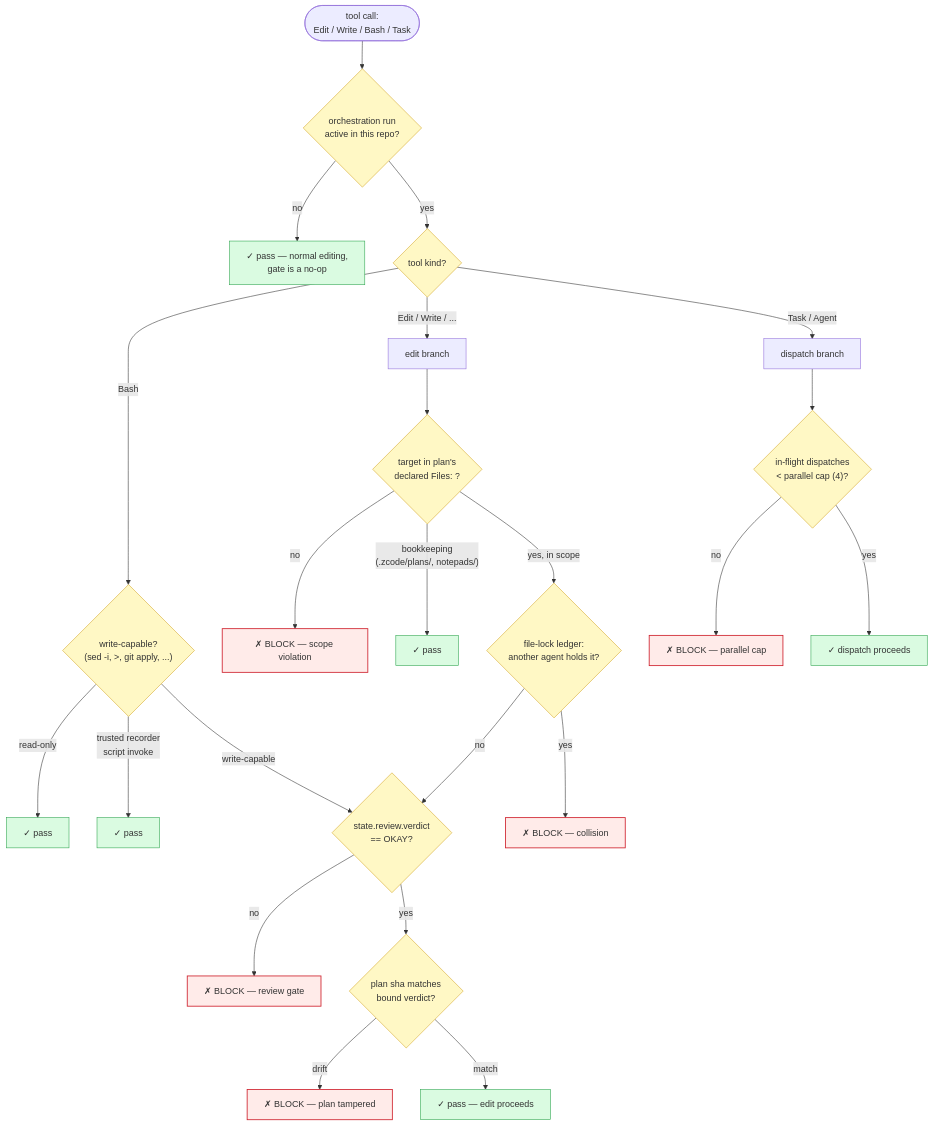
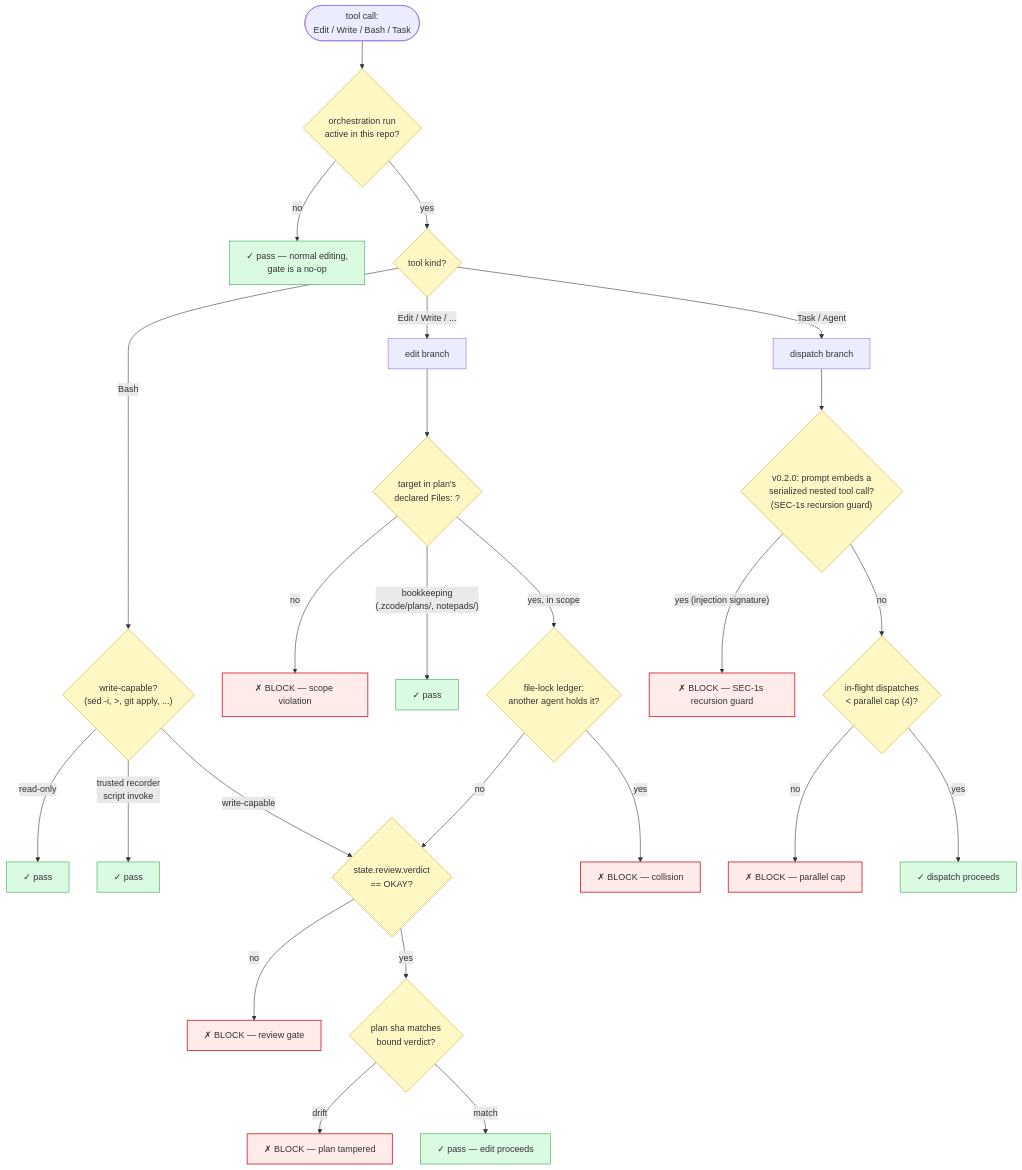
The third of 4 diagrams in docs/diagrams.md (amartinawi/zodyssey), drawn with Mermaid before and after one commit. The commit also changed other lines of this file and 2 other files, not shown here.

Commit message:
docs(v0.2.0): document the prime-agent adaptation (#3)
CHANGELOG: add [0.2.0] entry — the prime-agent adaptation (3 of 9 primitives
borrowed), the 6 audit fixes, security posture, and the 5 parked daemon
primitives.

README: pipeline mermaid gains the optional compaction step before the final
wave; phase list mirrors it; the 'What the hooks enforce' table gains a 6th
row for the SEC-1s recursion guard.

docs/diagrams.md: diagram 1 (pipeline) shows the optional compact.mjs step;
diagram 3 (gate decision tree) adds the SEC-1s recursion-guard branch BEFORE
the parallel cap (no more slot leak on block) and a 6th invariant row.

````diff
--- a/docs/diagrams.md
+++ b/docs/diagrams.md
@@ -97,37 +100,39 @@
 ```mermaid
 flowchart TD
     START(["tool call:<br/>Edit / Write / Bash / Task"]) --> ACTIVE{"orchestration run<br/>active in this repo?"}
     ACTIVE -- "no" --> PASS1["✓ pass — normal editing,<br/>gate is a no-op"]
     ACTIVE -- "yes" --> KIND{"tool kind?"}
 
     KIND -- "Task / Agent" --> DISP["dispatch branch"]
     KIND -- "Bash" --> BASH{"write-capable?<br/>(sed -i, >, git apply, ...)"}
     KIND -- "Edit / Write / ..." --> EDIT["edit branch"]
 
     BASH -- "read-only" --> PASS2["✓ pass"]
     BASH -- "trusted recorder<br/>script invoke" --> PASS3["✓ pass"]
     BASH -- "write-capable" --> VERDICT1
 
     EDIT --> SCOPE{"target in plan's<br/>declared Files: ?"}
     SCOPE -- "no" --> BLOCK1["✗ BLOCK — scope violation"]
     SCOPE -- "bookkeeping<br/>(.zcode/plans/, notepads/)" --> PASS4["✓ pass"]
     SCOPE -- "yes, in scope" --> LOCK{"file-lock ledger:<br/>another agent holds it?"}
     LOCK -- "yes" --> BLOCK2["✗ BLOCK — collision"]
     LOCK -- "no" --> VERDICT1{"state.review.verdict<br/>== OKAY?"}
 
     VERDICT1 -- "no" --> BLOCK3["✗ BLOCK — review gate"]
     VERDICT1 -- "yes" --> TAMPER{"plan sha matches<br/>bound verdict?"}
     TAMPER -- "drift" --> BLOCK4["✗ BLOCK — plan tampered"]
     TAMPER -- "match" --> PASS5["✓ pass — edit proceeds"]
 
-    DISP --> PCAP{"in-flight dispatches<br/>< parallel cap (4)?"}
+    DISP --> REC{"v0.2.0: prompt embeds a<br/>serialized nested tool call?<br/>(SEC-1s recursion guard)"}
+    REC -- "yes (injection signature)" --> BLOCKR["✗ BLOCK — SEC-1s recursion guard"]
+    REC -- "no" --> PCAP{"in-flight dispatches<br/>< parallel cap (4)?"}
     PCAP -- "no" --> BLOCK5["✗ BLOCK — parallel cap"]
     PCAP -- "yes" --> PASS6["✓ dispatch proceeds"]
 
     classDef pass fill:#dafbe1,stroke:#2da44e;
     classDef block fill:#ffebe9,stroke:#cf222e,stroke-width:1.5px;
     classDef decision fill:#fff8c5,stroke:#d4a72c;
     class PASS1,PASS2,PASS3,PASS4,PASS5,PASS6 pass;
-    class BLOCK1,BLOCK2,BLOCK3,BLOCK4,BLOCK5 block;
-    class ACTIVE,KIND,SCOPE,LOCK,VERDICT1,TAMPER,PCAP,BASH decision;
+    class BLOCK1,BLOCK2,BLOCK3,BLOCK4,BLOCK5,BLOCKR block;
+    class ACTIVE,KIND,SCOPE,LOCK,VERDICT1,TAMPER,PCAP,BASH,REC decision;
 ```
````
